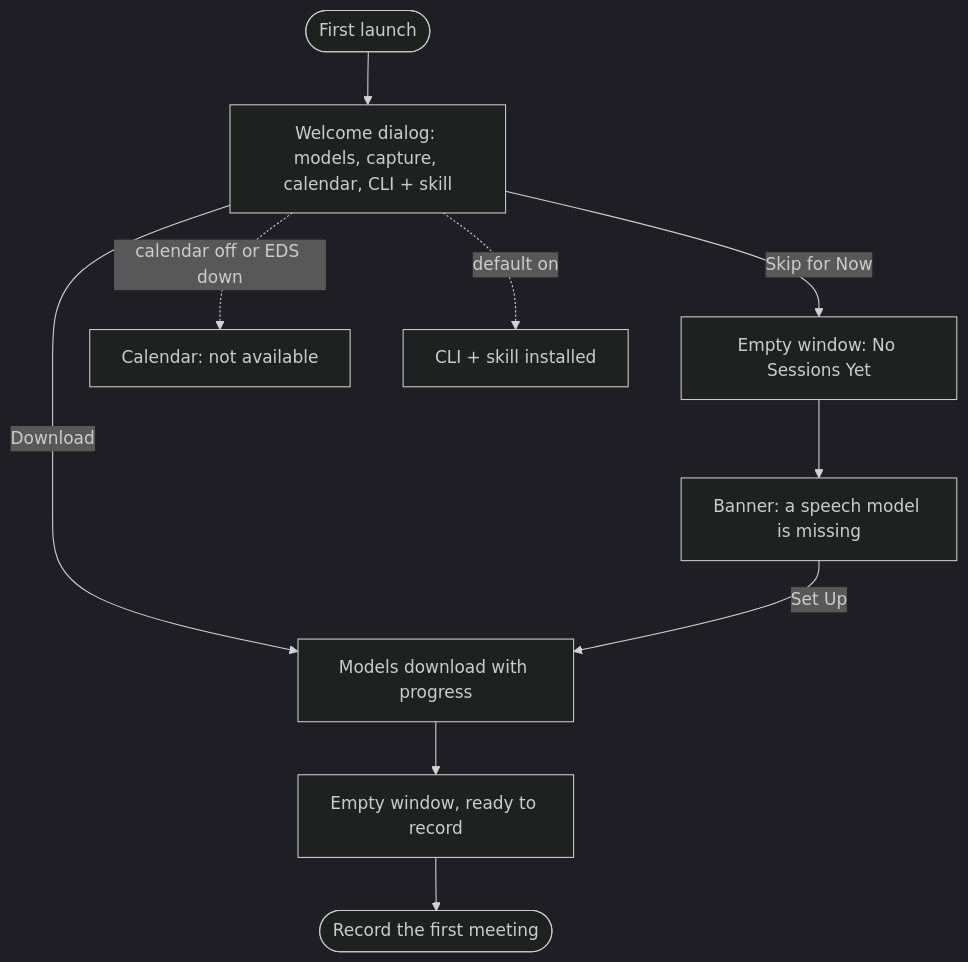
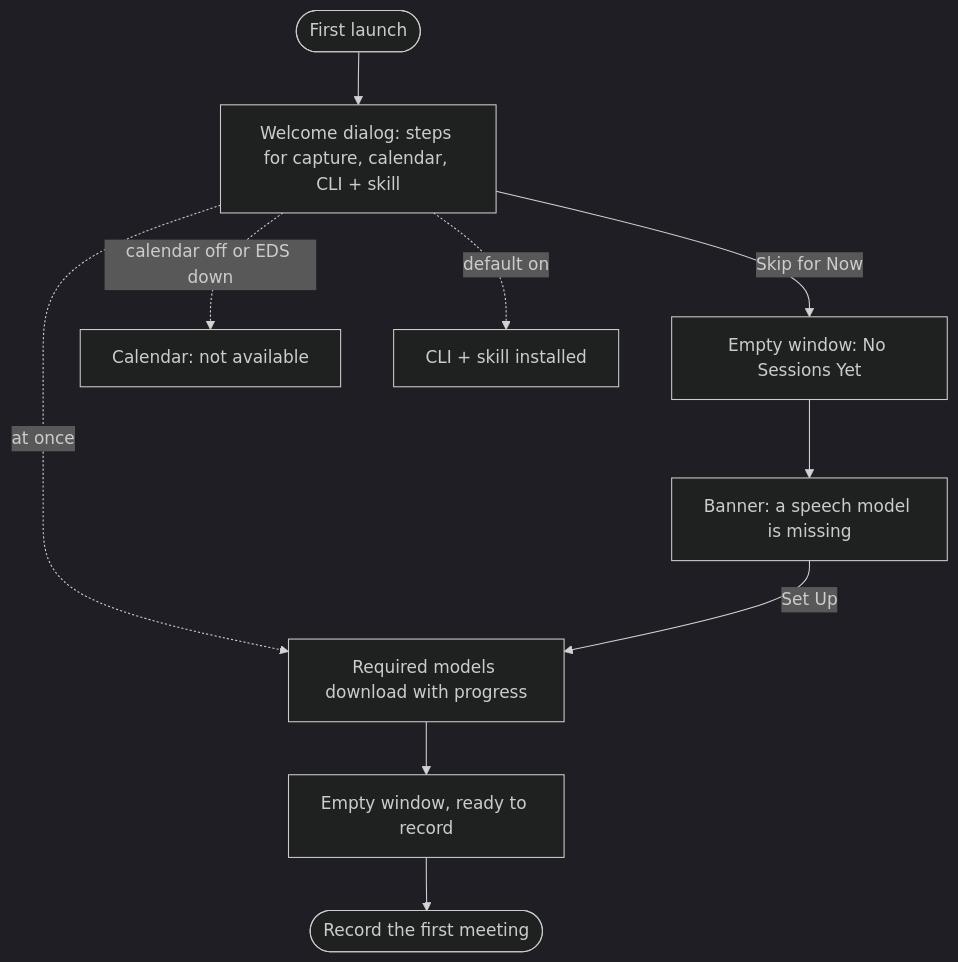
One commit to Kacper-Lubisz/kacola changed the third of 44 diagrams in docs/user-stories.md. Above: the diagram before and after it, drawn with Mermaid (dark theme). The commit also changed other lines of this file and 19 other files, not shown here.

Commit message:
Setup as steps: permissions, calendar, agents; the required models download by themselves

````diff
--- a/docs/user-stories.md
+++ b/docs/user-stories.md
@@ -167,17 +169,17 @@
 ```mermaid
 flowchart TD
-  A([First launch]) --> B[Welcome dialog: models, capture, calendar, CLI + skill]
-  B -->|Download| C[Models download with progress]
+  A([First launch]) --> B[Welcome dialog: steps for capture, calendar, CLI + skill]
+  B -.at once.-> C[Required models download with progress]
   B -->|Skip for Now| D[Empty window: No Sessions Yet]
   B -.calendar off or EDS down.-> CAL[Calendar: not available]
   B -.default on.-> CLI[CLI + skill installed]
   C --> E[Empty window, ready to record]
   D --> F[Banner: a speech model is missing]
   F -->|Set Up| C
   E --> G([Record the first meeting])
   %% shot: B = first-run__welcome__checks
   %% shot: D = first-run__skipped__empty-window
   %% shot: F = no-models__window__banner
   %% shot: C = settings-capture__models__speech-models
   %% shot: CAL = calendar-offline__onboarding__calendar-status
 ```
````
